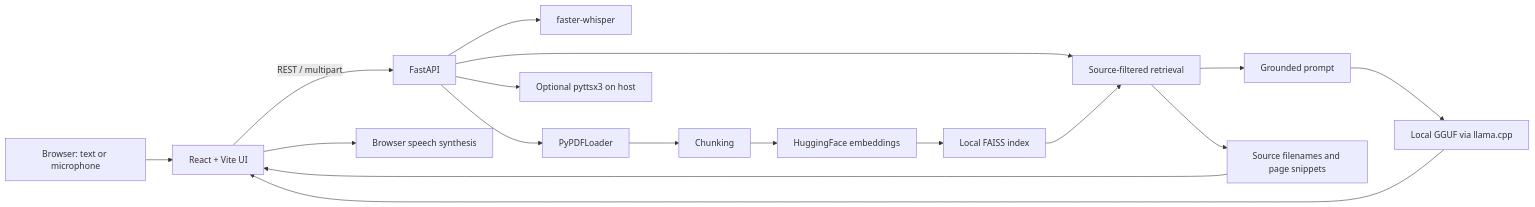
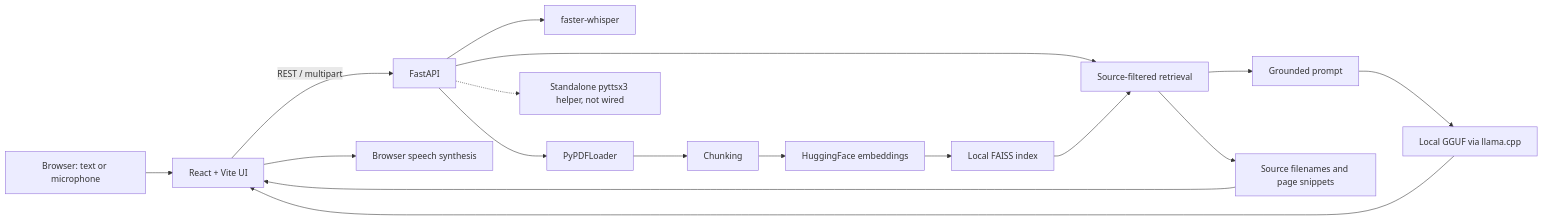
One commit to vikram144f-cyber/local-voice-rag changed the diagram in README.md. Above: the diagram before and after it, drawn with Mermaid. The commit also changed other lines of this file and 8 other files, not shown here.

````diff
--- a/README.md
+++ b/README.md
@@ -22,19 +22,19 @@
 ```mermaid
 flowchart LR
     U[Browser: text or microphone] --> F[React + Vite UI]
     F -->|REST / multipart| API[FastAPI]
     API --> STT[faster-whisper]
     API --> PDF[PyPDFLoader]
     PDF --> SPLIT[Chunking]
     SPLIT --> EMB[HuggingFace embeddings]
     EMB --> IDX[Local FAISS index]
     API --> RET[Source-filtered retrieval]
     IDX --> RET
     RET --> PROMPT[Grounded prompt]
     PROMPT --> LLM[Local GGUF via llama.cpp]
     LLM --> F
     F --> TTS[Browser speech synthesis]
-    API --> HOSTTTS[Optional pyttsx3 on host]
+    API -.-> HOSTTTS[Standalone pyttsx3 helper, not wired]
     RET --> E[Source filenames and page snippets]
     E --> F
 ```
````
